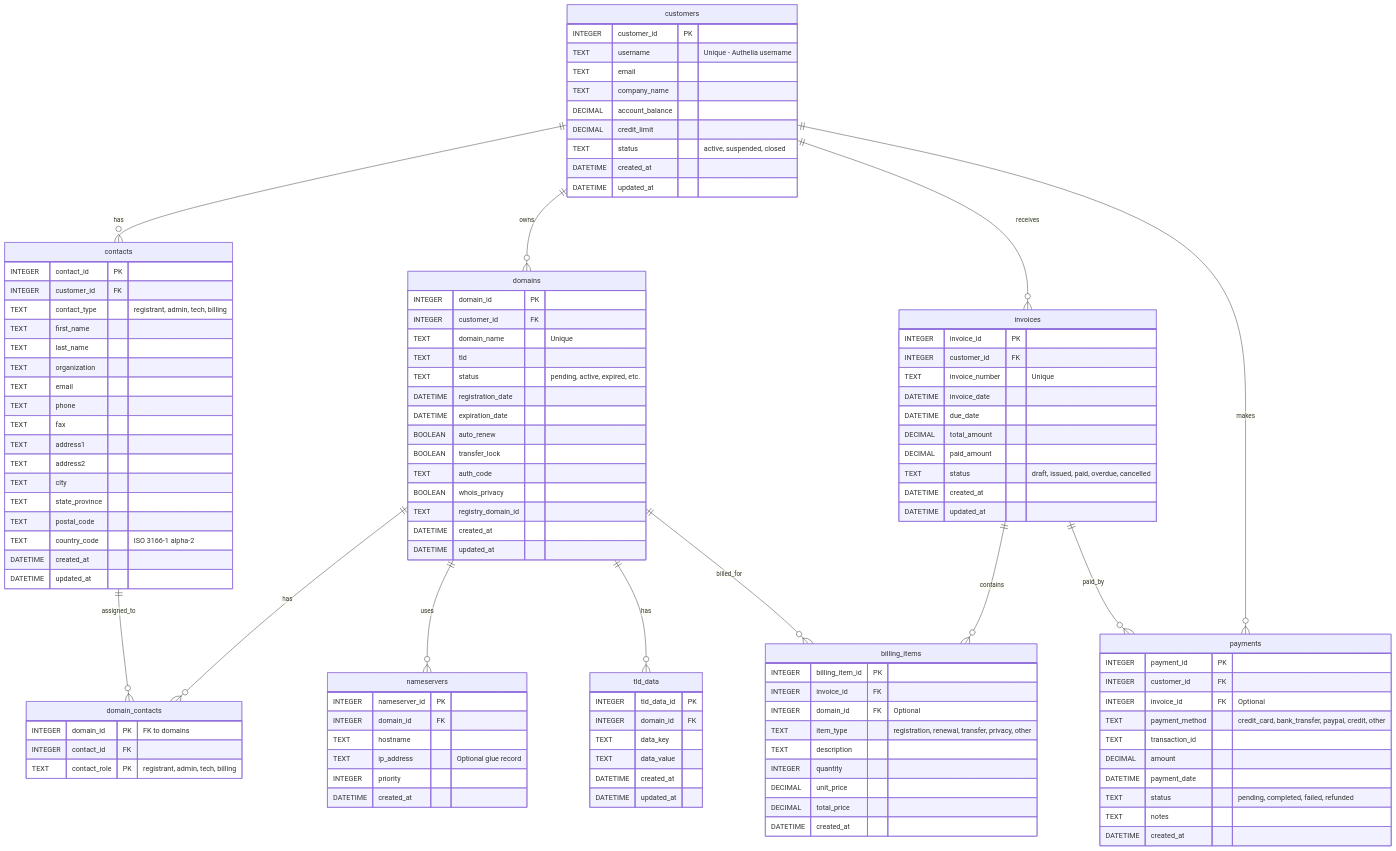
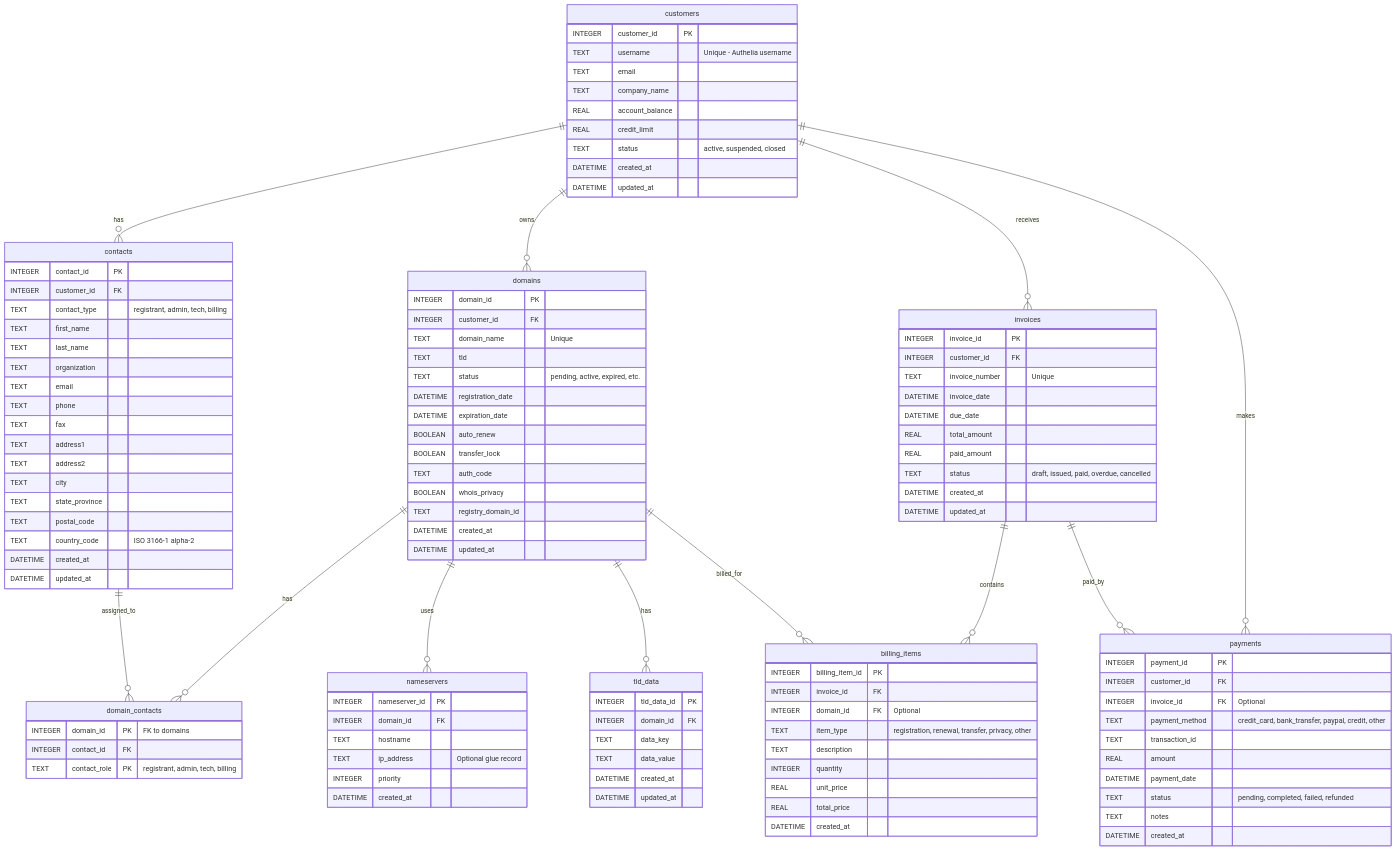
Before and after one commit to fini-net/macaw: the diagram in docs/erd.md, drawn with Mermaid. The commit also changed 11 other files, not shown here.

```diff
--- a/docs/erd.md
+++ b/docs/erd.md
@@ -25,8 +25,8 @@
         TEXT username "Unique - Authelia username"
         TEXT email
         TEXT company_name
-        DECIMAL account_balance
-        DECIMAL credit_limit
+        REAL account_balance
+        REAL credit_limit
         TEXT status "active, suspended, closed"
         DATETIME created_at
         DATETIME updated_at
@@ -99,8 +99,8 @@
         TEXT invoice_number "Unique"
         DATETIME invoice_date
         DATETIME due_date
-        DECIMAL total_amount
-        DECIMAL paid_amount
+        REAL total_amount
+        REAL paid_amount
         TEXT status "draft, issued, paid, overdue, cancelled"
         DATETIME created_at
         DATETIME updated_at
@@ -113,8 +113,8 @@
         TEXT item_type "registration, renewal, transfer, privacy, other"
         TEXT description
         INTEGER quantity
-        DECIMAL unit_price
-        DECIMAL total_price
+        REAL unit_price
+        REAL total_price
         DATETIME created_at
     }
 
@@ -124,7 +124,7 @@
         INTEGER invoice_id FK "Optional"
         TEXT payment_method "credit_card, bank_transfer, paypal, credit, other"
         TEXT transaction_id
-        DECIMAL amount
+        REAL amount
         DATETIME payment_date
         TEXT status "pending, completed, failed, refunded"
         TEXT notes
```
